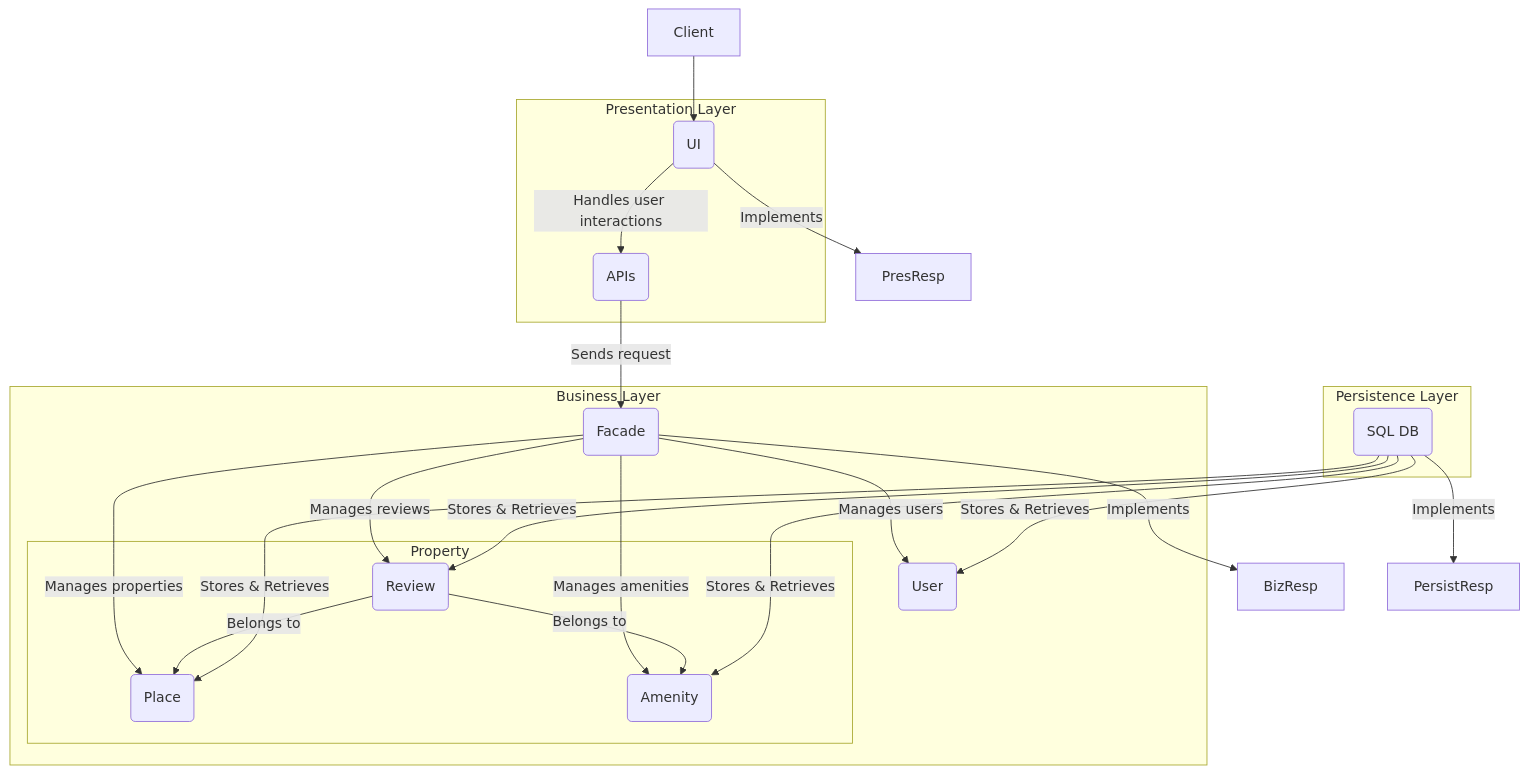
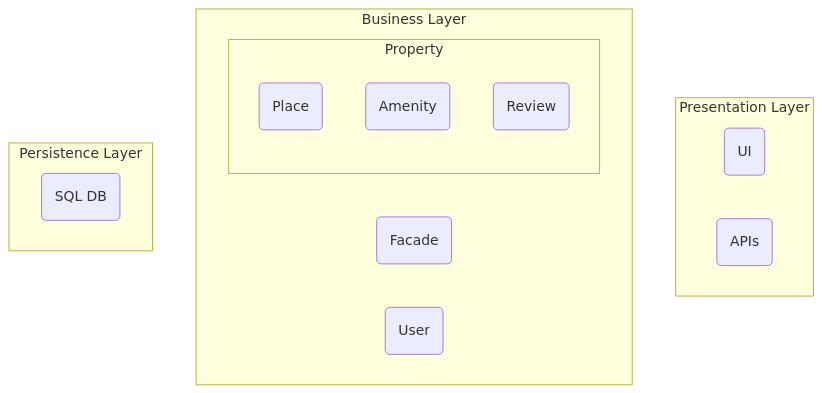
Before and after one commit to JacobsDevs/HBnB_evolution: the diagram in HBnB_Tech_Doc.md, drawn with Mermaid.

Commit message:
Modify diagram

````diff
--- a/HBnB_Tech_Doc.md
+++ b/HBnB_Tech_Doc.md
@@ -26,40 +26,22 @@
 ```mermaid
 graph TD
     subgraph Presentation Layer
         UI(UI)
         API(APIs)
     end
 
     subgraph Business Layer
         Facade(Facade)
         User(User)
         subgraph Property
             Place(Place)
             Amenity(Amenity)
             Review(Review)
         end
     end
 
     subgraph Persistence Layer
         SQLDB(SQL DB)
     end
 
-    Client --> UI
-    UI -->|Handles user interactions| API
-    API -->|Sends request| Facade
-    Facade -->|Manages users| User
-    Facade -->|Manages properties| Place
-    Facade -->|Manages amenities| Amenity
-    Facade -->|Manages reviews| Review
-    Review -->|Belongs to| Place
-    Review -->|Belongs to| Amenity
-    SQLDB -->|Stores & Retrieves| User
-    SQLDB -->|Stores & Retrieves| Place
-    SQLDB -->|Stores & Retrieves| Amenity
-    SQLDB -->|Stores & Retrieves| Review
-
-    UI -->|Implements| PresResp
-    Facade -->|Implements| BizResp
-    SQLDB -->|Implements| PersistResp
-
 ```
````
